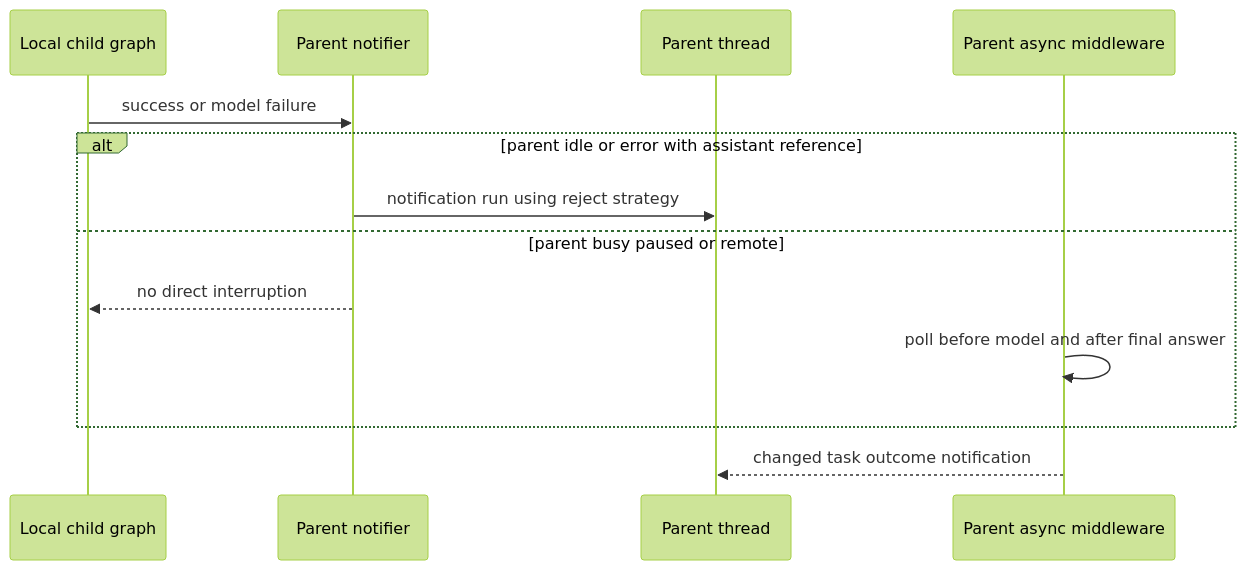
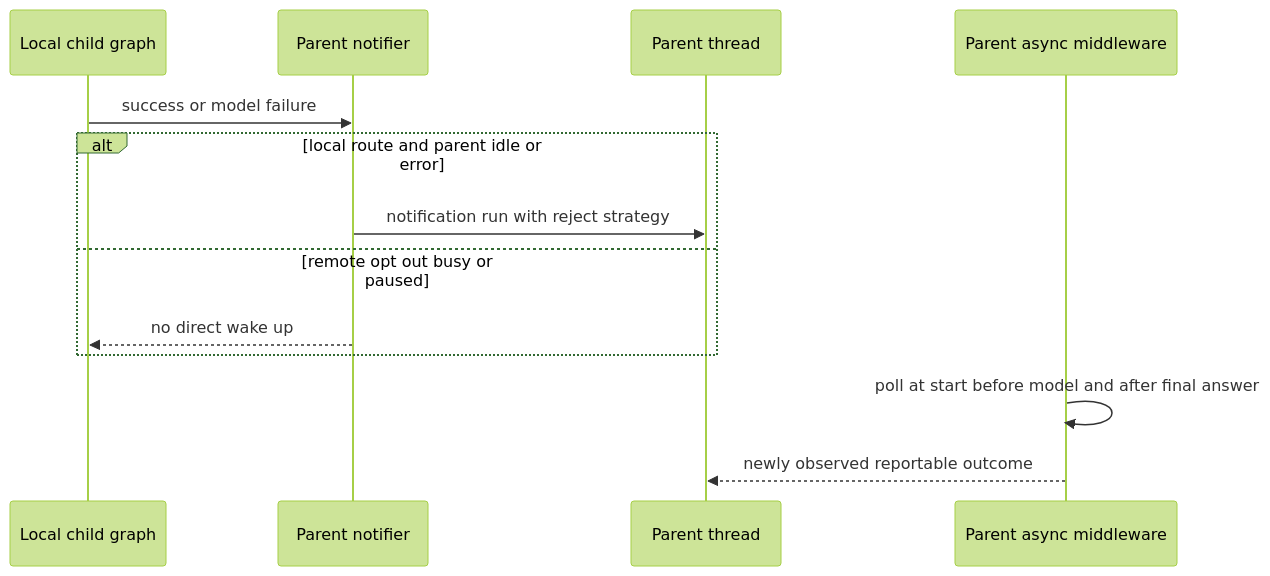
One commit to langchain-ai/deepagents changed the fourth of 4 diagrams in openwiki/architecture/runtime-behavior.md. Above: the diagram before and after it, drawn with Mermaid (forest theme). The commit also changed other lines of this file and 35 other files, not shown here.

````diff
--- a/openwiki/architecture/runtime-behavior.md
+++ b/openwiki/architecture/runtime-behavior.md
@@ -133,15 +135,15 @@
 ```mermaid
 sequenceDiagram
     participant Child as Local child graph
     participant Notifier as Parent notifier
     participant Parent as Parent thread
     participant Poller as Parent async middleware
     Child->>Notifier: success or model failure
-    alt parent idle or error with assistant reference
-        Notifier->>Parent: notification run using reject strategy
-    else parent busy paused or remote
-        Notifier-->>Child: no direct interruption
-        Poller->>Poller: poll before model and after final answer
+    alt local route and parent idle or error
+        Notifier->>Parent: notification run with reject strategy
+    else remote opt out busy or paused
+        Notifier-->>Child: no direct wake up
     end
-    Poller-->>Parent: changed task outcome notification
+    Poller->>Poller: poll at start before model and after final answer
+    Poller-->>Parent: newly observed reportable outcome
 ```
````
